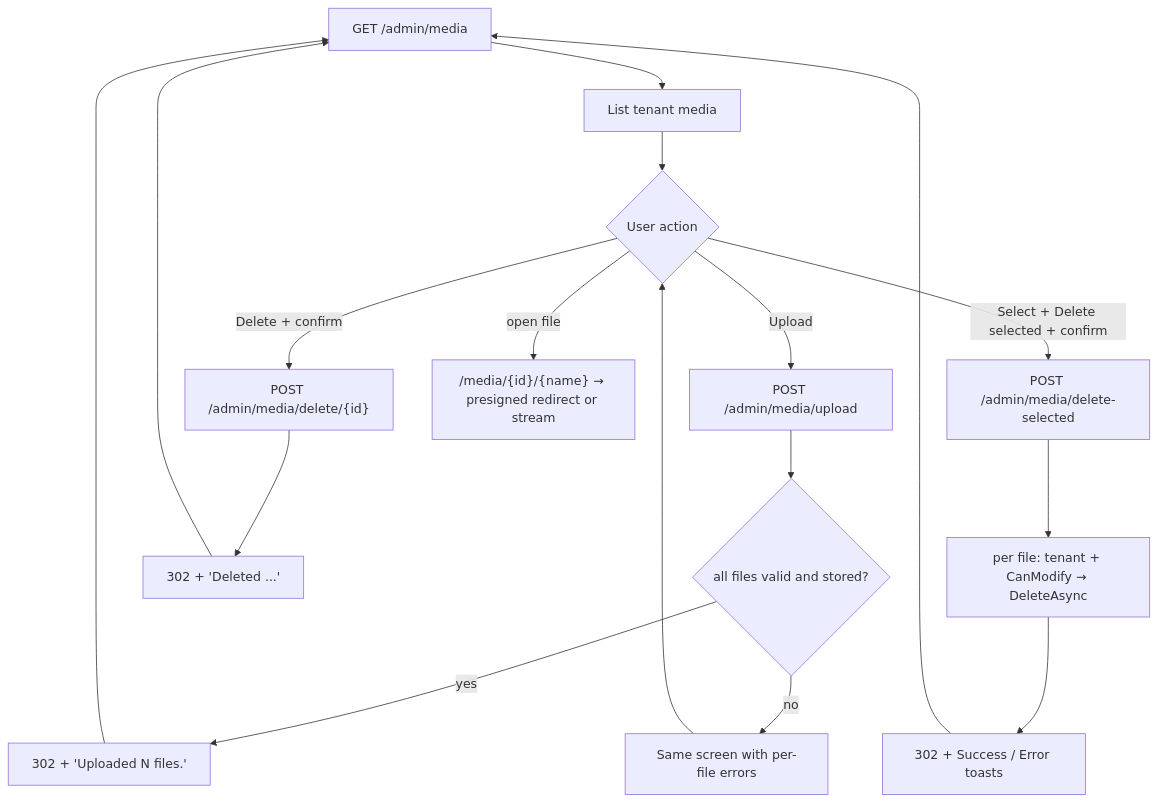
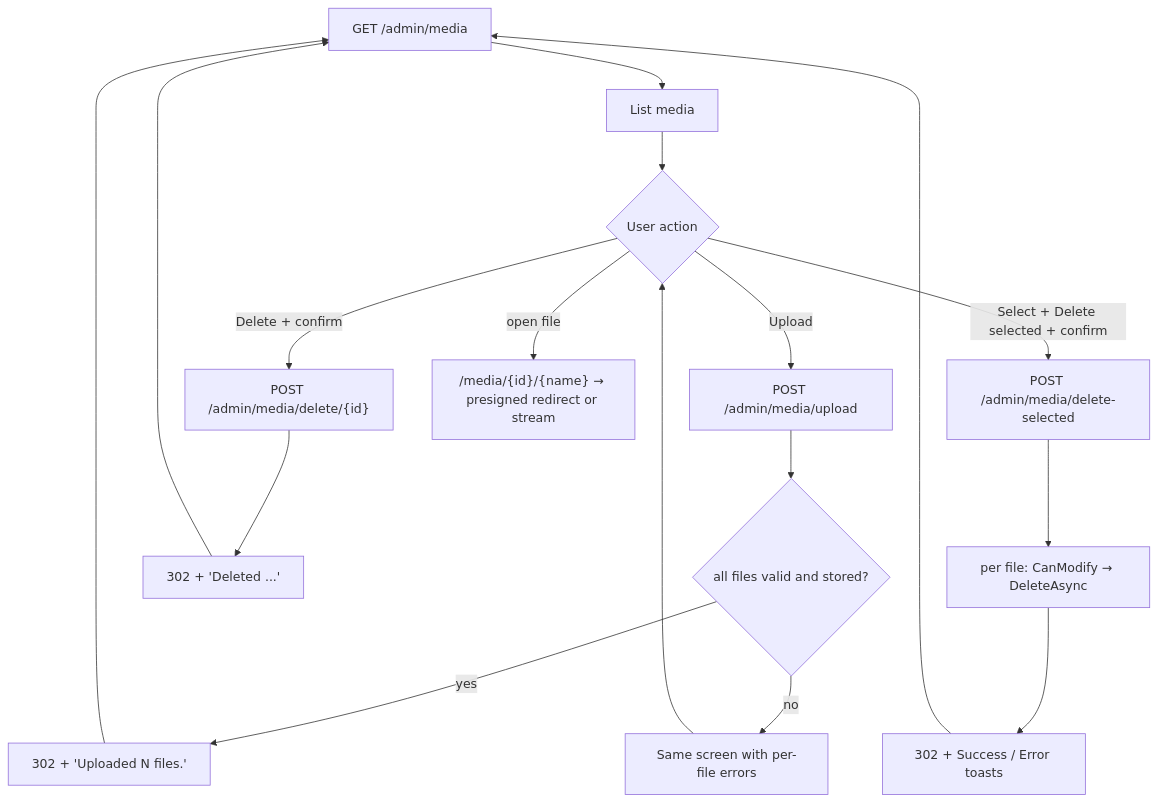
Before and after one commit to Albadit/DotNetForge: the second of 2 diagrams in .docs/pages/media.md, drawn with Mermaid. The commit also changed other lines of this file and 306 other files, not shown here.

````diff
--- a/.docs/pages/media.md
+++ b/.docs/pages/media.md
@@ -235,11 +237,11 @@
 ```mermaid
 flowchart TD
-    A["GET /admin/media"] --> B[List tenant media]
+    A["GET /admin/media"] --> B[List media]
     B --> C{User action}
     C -- Upload --> D["POST /admin/media/upload"] --> E{"all files valid and stored?"}
     E -- yes --> F["302 + 'Uploaded N files.'"] --> A
     E -- no --> G[Same screen with per-file errors] --> C
     C -- "Delete + confirm" --> H["POST /admin/media/delete/{id}"] --> I["302 + 'Deleted ...'"] --> A
-    C -- "Select + Delete selected + confirm" --> K["POST /admin/media/delete-selected"] --> L["per file: tenant + CanModify → DeleteAsync"] --> M["302 + Success / Error toasts"] --> A
+    C -- "Select + Delete selected + confirm" --> K["POST /admin/media/delete-selected"] --> L["per file: CanModify → DeleteAsync"] --> M["302 + Success / Error toasts"] --> A
     C -- "open file" --> J["/media/{id}/{name} → presigned redirect or stream"]
 ```
````
